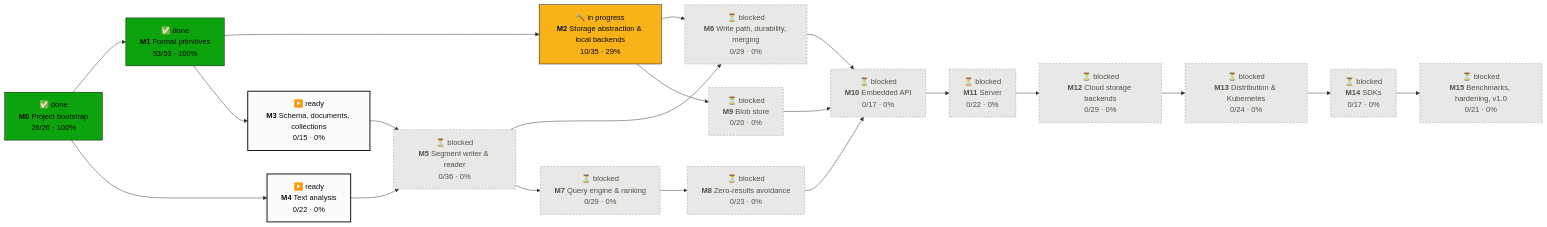
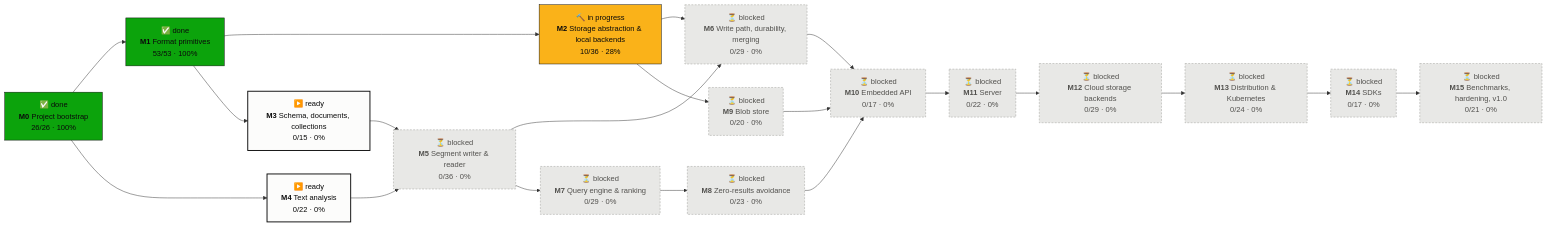
The first of 2 diagrams in PROGRESS.md (tomiok/persiaDB), drawn with Mermaid before and after one commit. The commit also changed other lines of this file and 10 other files, not shown here.

First line of the commit message:
fix(storage): address review of 2.3; more LocalStorage tests

````diff
--- a/PROGRESS.md
+++ b/PROGRESS.md
@@ -14,42 +14,42 @@
 ```mermaid
 flowchart LR
   M0["✅ done<br/><b>M0</b> Project bootstrap<br/>26/26 · 100%"]:::done
   M1["✅ done<br/><b>M1</b> Format primitives<br/>53/53 · 100%"]:::done
-  M2["🔨 in progress<br/><b>M2</b> Storage abstraction & local backends<br/>10/35 · 29%"]:::doing
+  M2["🔨 in progress<br/><b>M2</b> Storage abstraction & local backends<br/>10/36 · 28%"]:::doing
   M3["▶️ ready<br/><b>M3</b> Schema, documents, collections<br/>0/15 · 0%"]:::ready
   M4["▶️ ready<br/><b>M4</b> Text analysis<br/>0/22 · 0%"]:::ready
   M5["⏳ blocked<br/><b>M5</b> Segment writer & reader<br/>0/36 · 0%"]:::blocked
   M6["⏳ blocked<br/><b>M6</b> Write path, durability, merging<br/>0/29 · 0%"]:::blocked
   M7["⏳ blocked<br/><b>M7</b> Query engine & ranking<br/>0/29 · 0%"]:::blocked
   M8["⏳ blocked<br/><b>M8</b> Zero-results avoidance<br/>0/23 · 0%"]:::blocked
   M9["⏳ blocked<br/><b>M9</b> Blob store<br/>0/20 · 0%"]:::blocked
   M10["⏳ blocked<br/><b>M10</b> Embedded API<br/>0/17 · 0%"]:::blocked
   M11["⏳ blocked<br/><b>M11</b> Server<br/>0/22 · 0%"]:::blocked
   M12["⏳ blocked<br/><b>M12</b> Cloud storage backends<br/>0/29 · 0%"]:::blocked
   M13["⏳ blocked<br/><b>M13</b> Distribution & Kubernetes<br/>0/24 · 0%"]:::blocked
   M14["⏳ blocked<br/><b>M14</b> SDKs<br/>0/17 · 0%"]:::blocked
   M15["⏳ blocked<br/><b>M15</b> Benchmarks, hardening, v1.0<br/>0/21 · 0%"]:::blocked
   M0 --> M1
   M1 --> M2
   M1 --> M3
   M0 --> M4
   M3 --> M5
   M4 --> M5
   M2 --> M6
   M5 --> M6
   M5 --> M7
   M7 --> M8
   M2 --> M9
   M6 --> M10
   M8 --> M10
   M9 --> M10
   M10 --> M11
   M11 --> M12
   M12 --> M13
   M13 --> M14
   M14 --> M15
   classDef done fill:#0ca30c,stroke:#0b0b0b,color:#0b0b0b
   classDef doing fill:#fab219,stroke:#0b0b0b,color:#0b0b0b
   classDef ready fill:#fcfcfb,stroke:#0b0b0b,stroke-width:2px,color:#0b0b0b
   classDef blocked fill:#e8e8e6,stroke:#9a9a96,stroke-dasharray:4 3,color:#52514e
 ```
````
